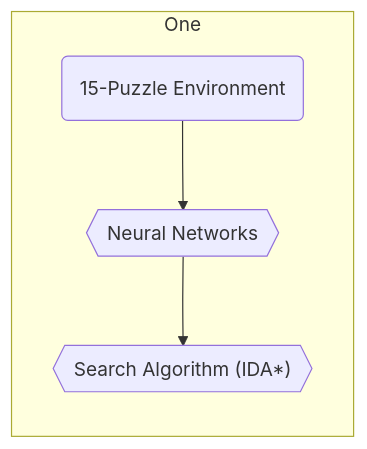
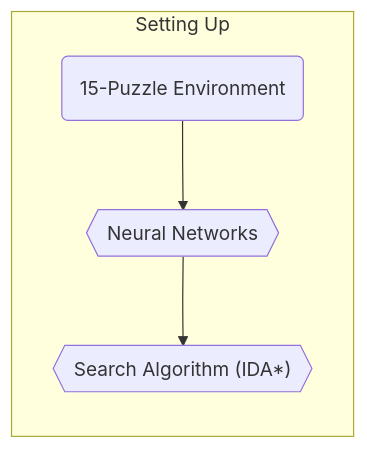
One commit to OShagHennessy/Reproducibility_Assignment changed the diagram in README.md. Above: the diagram before and after it, drawn with Mermaid.

````diff
--- a/README.md
+++ b/README.md
@@ -10,8 +10,8 @@
 ```mermaid
 
 %%{init: {"flowchart": {"htmlLabels": false}} }%%
 flowchart LR
-subgraph "One"
+subgraph "Setting Up"
   a("`15-Puzzle Environment`") --> b{{"`Neural Networks`"}} --> c{{"`Search Algorithm (IDA*)`"}}
 end
 ```
````
